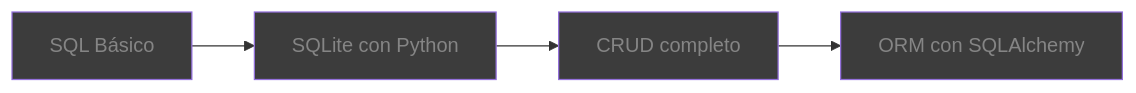
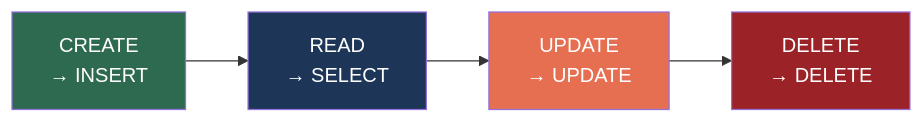
One commit to roamingpa/bootcamp-python changed the fourth of 7 diagrams in blog/docs/bases-de-datos.md. Above: the diagram before and after it, drawn with Mermaid. The commit also changed other lines of this file, not shown here.

Commit message:
docs: PostgreSQL cheatsheet completa con diagramas y anatomía de SELECT

````diff
--- a/blog/docs/bases-de-datos.md
+++ b/blog/docs/bases-de-datos.md
@@ -10,10 +221,11 @@
 ```mermaid
-graph LR
-    A[SQL Básico] --> B[SQLite con Python]
-    B --> C[CRUD completo]
-    C --> D[ORM con SQLAlchemy]
-    style A fill:#3c3c3c,color:#858585
-    style B fill:#3c3c3c,color:#858585
-    style C fill:#3c3c3c,color:#858585
-    style D fill:#3c3c3c,color:#858585
+flowchart LR
+    C["CREATE\n→ INSERT"] --> R["READ\n→ SELECT"]
+    R --> U["UPDATE\n→ UPDATE"]
+    U --> D["DELETE\n→ DELETE"]
+
+    style C fill:#2d6a4f,color:#fff
+    style R fill:#1d3557,color:#fff
+    style U fill:#e76f51,color:#fff
+    style D fill:#9b2226,color:#fff
 ```
````
